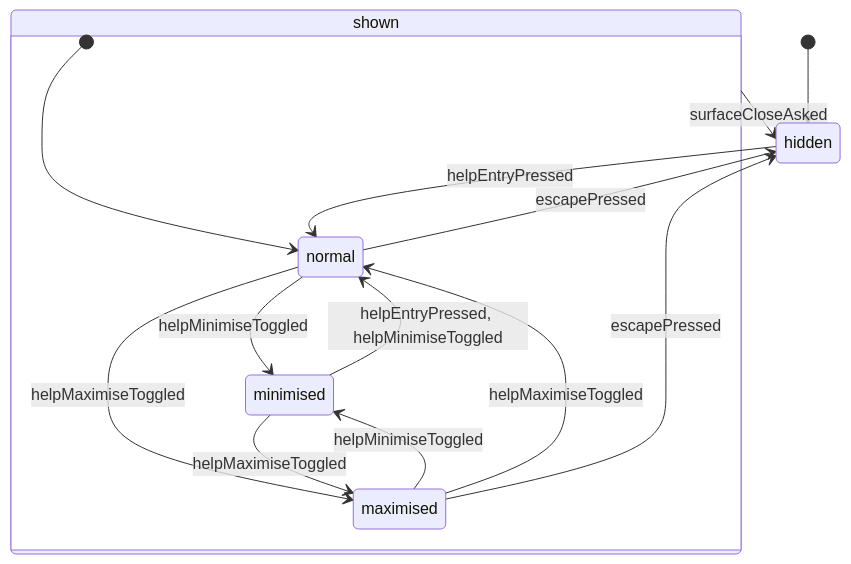
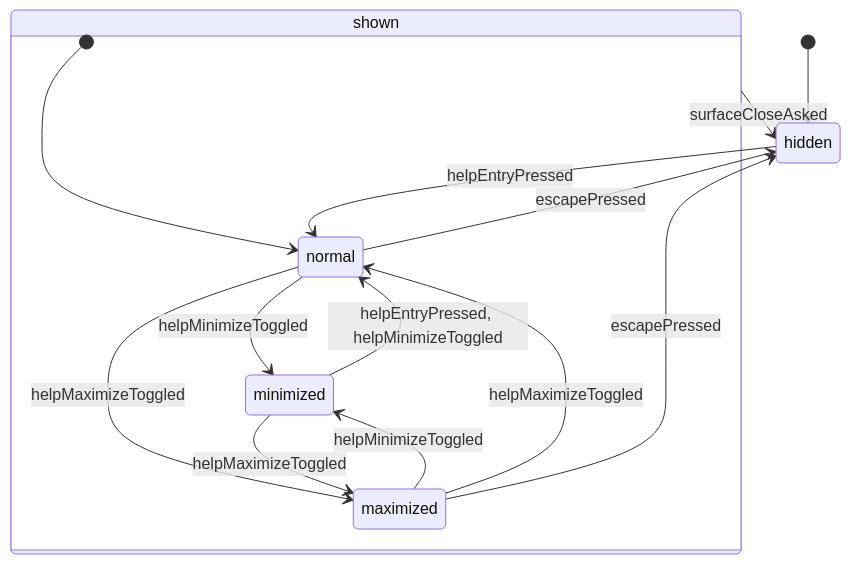
Diagram 13 of 28 in docs/spec/_assets/tbl-state-machines.md (GoodRelax/gr-scheduler), drawn with Mermaid before and after one commit. The commit also changed other lines of this file and 428 other files, not shown here.

````diff
--- a/docs/spec/_assets/tbl-state-machines.md
+++ b/docs/spec/_assets/tbl-state-machines.md
@@ -499,23 +499,23 @@
 ```mermaid
 stateDiagram-v2
     direction TB
     [*] --> helpDisplayStateMachine_hidden
     helpDisplayStateMachine_hidden : hidden
     helpDisplayStateMachine_shown : shown
     state helpDisplayStateMachine_shown {
         [*] --> helpDisplayStateMachine_shown_normal
         helpDisplayStateMachine_shown_normal : normal
-        helpDisplayStateMachine_shown_minimised : minimised
-        helpDisplayStateMachine_shown_maximised : maximised
-        helpDisplayStateMachine_shown_minimised --> helpDisplayStateMachine_shown_normal : helpEntryPressed, helpMinimiseToggled
-        helpDisplayStateMachine_shown_normal --> helpDisplayStateMachine_shown_minimised : helpMinimiseToggled
-        helpDisplayStateMachine_shown_maximised --> helpDisplayStateMachine_shown_minimised : helpMinimiseToggled
-        helpDisplayStateMachine_shown_normal --> helpDisplayStateMachine_shown_maximised : helpMaximiseToggled
-        helpDisplayStateMachine_shown_minimised --> helpDisplayStateMachine_shown_maximised : helpMaximiseToggled
-        helpDisplayStateMachine_shown_maximised --> helpDisplayStateMachine_shown_normal : helpMaximiseToggled
+        helpDisplayStateMachine_shown_minimized : minimized
+        helpDisplayStateMachine_shown_maximized : maximized
+        helpDisplayStateMachine_shown_minimized --> helpDisplayStateMachine_shown_normal : helpEntryPressed, helpMinimizeToggled
+        helpDisplayStateMachine_shown_normal --> helpDisplayStateMachine_shown_minimized : helpMinimizeToggled
+        helpDisplayStateMachine_shown_maximized --> helpDisplayStateMachine_shown_minimized : helpMinimizeToggled
+        helpDisplayStateMachine_shown_normal --> helpDisplayStateMachine_shown_maximized : helpMaximizeToggled
+        helpDisplayStateMachine_shown_minimized --> helpDisplayStateMachine_shown_maximized : helpMaximizeToggled
+        helpDisplayStateMachine_shown_maximized --> helpDisplayStateMachine_shown_normal : helpMaximizeToggled
     }
     helpDisplayStateMachine_hidden --> helpDisplayStateMachine_shown_normal : helpEntryPressed
     helpDisplayStateMachine_shown --> helpDisplayStateMachine_hidden : surfaceCloseAsked
     helpDisplayStateMachine_shown_normal --> helpDisplayStateMachine_hidden : escapePressed
-    helpDisplayStateMachine_shown_maximised --> helpDisplayStateMachine_hidden : escapePressed
+    helpDisplayStateMachine_shown_maximized --> helpDisplayStateMachine_hidden : escapePressed
 ```
````
